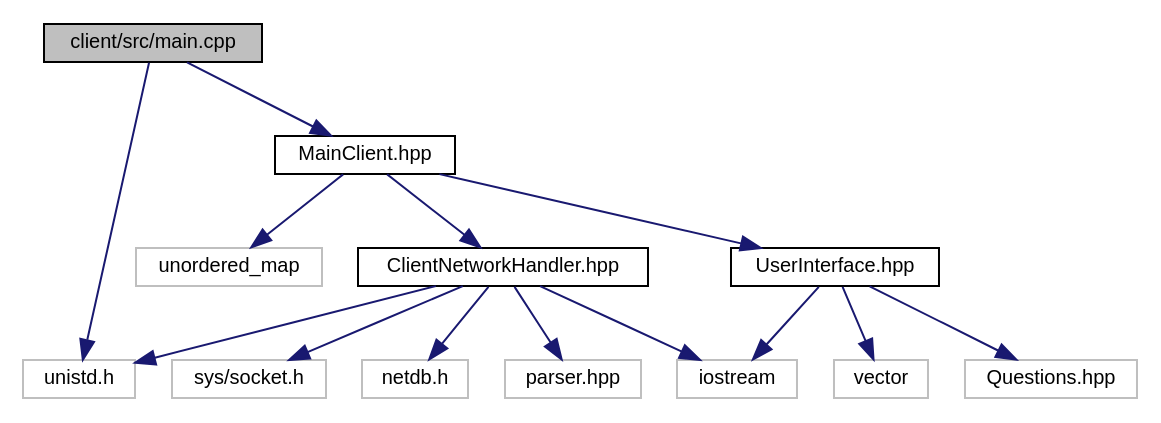
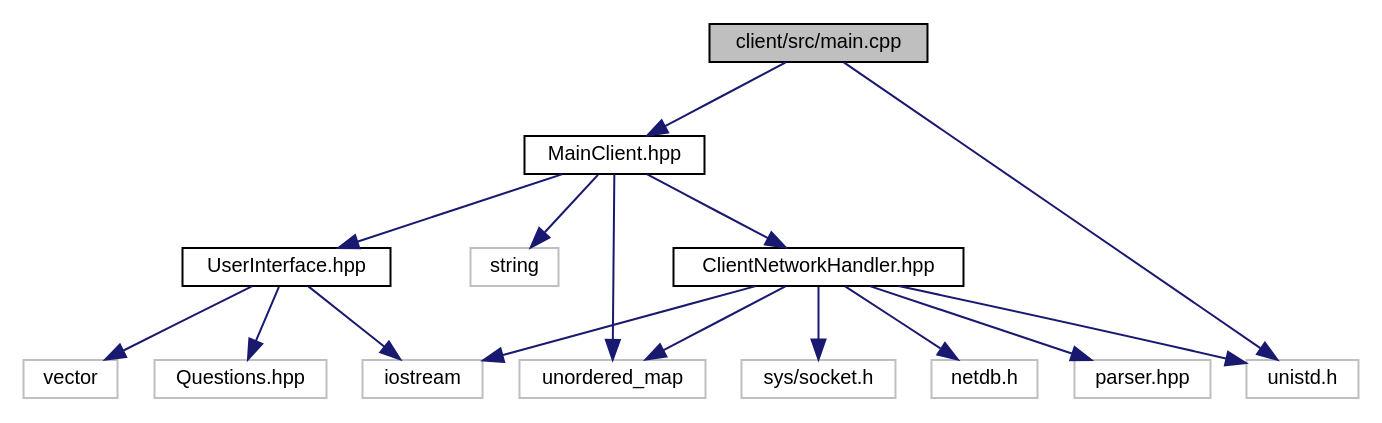
One commit to ArtemChapaev/guessing-game changed the diagram in client_2src_2main_8cpp__incl.dot. Above: the diagram before and after it, drawn with Graphviz. The commit also changed 94 other files, not shown here.

```diff
--- a/client_2src_2main_8cpp__incl.dot
+++ b/client_2src_2main_8cpp__incl.dot
@@ -1,32 +1,35 @@
 digraph "client/src/main.cpp"
 {
  // INTERACTIVE_SVG=YES
  // LATEX_PDF_SIZE
   edge [fontname="Helvetica",fontsize="10",labelfontname="Helvetica",labelfontsize="10"];
   node [fontname="Helvetica",fontsize="10",shape=record];
   Node1 [label="client/src/main.cpp",height=0.2,width=0.4,color="black", fillcolor="grey75", style="filled", fontcolor="black",tooltip=" "];
   Node1 -> Node2 [color="midnightblue",fontsize="10",style="solid",fontname="Helvetica"];
   Node2 [label="unistd.h",height=0.2,width=0.4,color="grey75", fillcolor="white", style="filled",tooltip=" "];
   Node1 -> Node3 [color="midnightblue",fontsize="10",style="solid",fontname="Helvetica"];
   Node3 [label="MainClient.hpp",height=0.2,width=0.4,color="black", fillcolor="white", style="filled",URL="$MainClient_8hpp.html",tooltip=" "];
   Node3 -> Node4 [color="midnightblue",fontsize="10",style="solid",fontname="Helvetica"];
   Node4 [label="unordered_map",height=0.2,width=0.4,color="grey75", fillcolor="white", style="filled",tooltip=" "];
   Node3 -> Node5 [color="midnightblue",fontsize="10",style="solid",fontname="Helvetica"];
-  Node5 [label="ClientNetworkHandler.hpp",height=0.2,width=0.4,color="black", fillcolor="white", style="filled",URL="$ClientNetworkHandler_8hpp.html",tooltip=" "];
-  Node5 -> Node6 [color="midnightblue",fontsize="10",style="solid",fontname="Helvetica"];
-  Node6 [label="iostream",height=0.2,width=0.4,color="grey75", fillcolor="white", style="filled",tooltip=" "];
-  Node5 -> Node7 [color="midnightblue",fontsize="10",style="solid",fontname="Helvetica"];
-  Node7 [label="sys/socket.h",height=0.2,width=0.4,color="grey75", fillcolor="white", style="filled",tooltip=" "];
-  Node5 -> Node8 [color="midnightblue",fontsize="10",style="solid",fontname="Helvetica"];
-  Node8 [label="netdb.h",height=0.2,width=0.4,color="grey75", fillcolor="white", style="filled",tooltip=" "];
-  Node5 -> Node2 [color="midnightblue",fontsize="10",style="solid",fontname="Helvetica"];
-  Node5 -> Node9 [color="midnightblue",fontsize="10",style="solid",fontname="Helvetica"];
-  Node9 [label="parser.hpp",height=0.2,width=0.4,color="grey75", fillcolor="white", style="filled",tooltip=" "];
-  Node3 -> Node10 [color="midnightblue",fontsize="10",style="solid",fontname="Helvetica"];
-  Node10 [label="UserInterface.hpp",height=0.2,width=0.4,color="black", fillcolor="white", style="filled",URL="$UserInterface_8hpp.html",tooltip=" "];
-  Node10 -> Node11 [color="midnightblue",fontsize="10",style="solid",fontname="Helvetica"];
-  Node11 [label="vector",height=0.2,width=0.4,color="grey75", fillcolor="white", style="filled",tooltip=" "];
-  Node10 -> Node6 [color="midnightblue",fontsize="10",style="solid",fontname="Helvetica"];
-  Node10 -> Node12 [color="midnightblue",fontsize="10",style="solid",fontname="Helvetica"];
-  Node12 [label="Questions.hpp",height=0.2,width=0.4,color="grey75", fillcolor="white", style="filled",tooltip=" "];
+  Node5 [label="string",height=0.2,width=0.4,color="grey75", fillcolor="white", style="filled",tooltip=" "];
+  Node3 -> Node6 [color="midnightblue",fontsize="10",style="solid",fontname="Helvetica"];
+  Node6 [label="ClientNetworkHandler.hpp",height=0.2,width=0.4,color="black", fillcolor="white", style="filled",URL="$ClientNetworkHandler_8hpp.html",tooltip=" "];
+  Node6 -> Node7 [color="midnightblue",fontsize="10",style="solid",fontname="Helvetica"];
+  Node7 [label="iostream",height=0.2,width=0.4,color="grey75", fillcolor="white", style="filled",tooltip=" "];
+  Node6 -> Node8 [color="midnightblue",fontsize="10",style="solid",fontname="Helvetica"];
+  Node8 [label="sys/socket.h",height=0.2,width=0.4,color="grey75", fillcolor="white", style="filled",tooltip=" "];
+  Node6 -> Node9 [color="midnightblue",fontsize="10",style="solid",fontname="Helvetica"];
+  Node9 [label="netdb.h",height=0.2,width=0.4,color="grey75", fillcolor="white", style="filled",tooltip=" "];
+  Node6 -> Node2 [color="midnightblue",fontsize="10",style="solid",fontname="Helvetica"];
+  Node6 -> Node4 [color="midnightblue",fontsize="10",style="solid",fontname="Helvetica"];
+  Node6 -> Node10 [color="midnightblue",fontsize="10",style="solid",fontname="Helvetica"];
+  Node10 [label="parser.hpp",height=0.2,width=0.4,color="grey75", fillcolor="white", style="filled",tooltip=" "];
+  Node3 -> Node11 [color="midnightblue",fontsize="10",style="solid",fontname="Helvetica"];
+  Node11 [label="UserInterface.hpp",height=0.2,width=0.4,color="black", fillcolor="white", style="filled",URL="$UserInterface_8hpp.html",tooltip=" "];
+  Node11 -> Node12 [color="midnightblue",fontsize="10",style="solid",fontname="Helvetica"];
+  Node12 [label="vector",height=0.2,width=0.4,color="grey75", fillcolor="white", style="filled",tooltip=" "];
+  Node11 -> Node7 [color="midnightblue",fontsize="10",style="solid",fontname="Helvetica"];
+  Node11 -> Node13 [color="midnightblue",fontsize="10",style="solid",fontname="Helvetica"];
+  Node13 [label="Questions.hpp",height=0.2,width=0.4,color="grey75", fillcolor="white", style="filled",tooltip=" "];
 }
```
